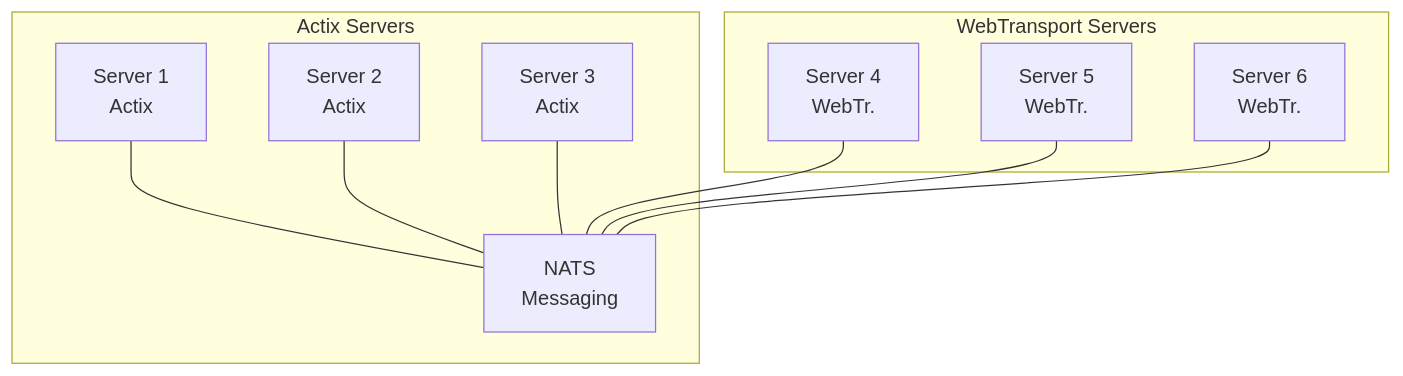
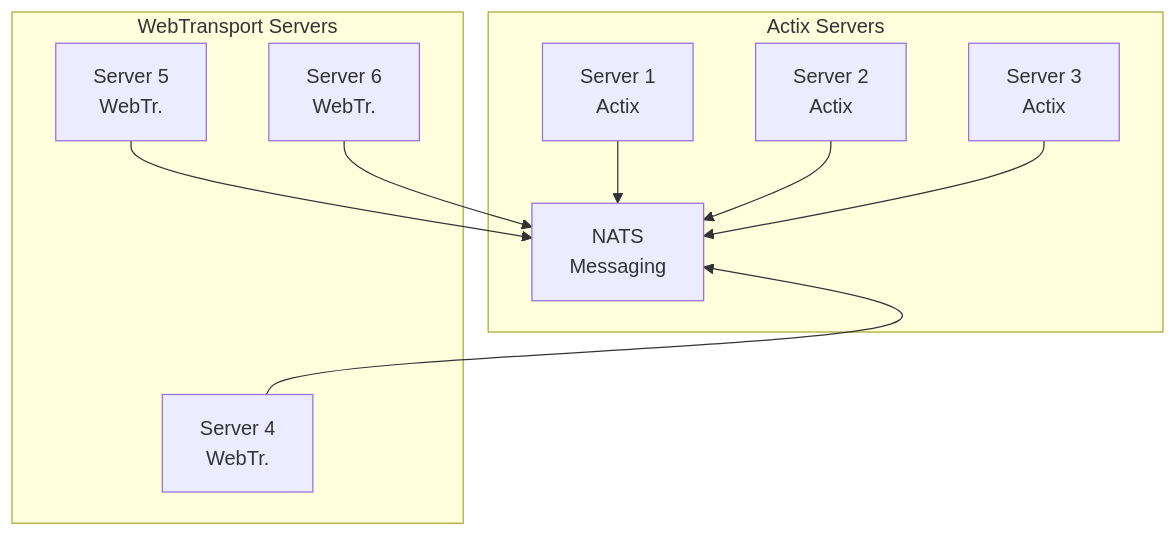
The fourth of 4 diagrams in ARCHITECTURE.md (security-union/videocall-rs), drawn with Mermaid before and after one commit.

````diff
--- a/ARCHITECTURE.md
+++ b/ARCHITECTURE.md
@@ -128,16 +128,20 @@
 ```mermaid
-graph TD
-    subgraph "Actix Servers"
-        Server1[Server 1<br>Actix] --- NATS
-        Server2[Server 2<br>Actix] --- NATS
-        Server3[Server 3<br>Actix] --- NATS
+flowchart TD
+    NATS[NATS<br>Messaging]
+    
+    subgraph ActixServers["Actix Servers"]
+        Server1[Server 1<br>Actix] --> NATS
+        Server2[Server 2<br>Actix] --> NATS
+        Server3[Server 3<br>Actix] --> NATS
     end
     
-    NATS[NATS<br>Messaging]
+    subgraph WebTransportServers["WebTransport Servers"]
+        Server4[Server 4<br>WebTr.] --> NATS
+        Server5[Server 5<br>WebTr.] --> NATS
+        Server6[Server 6<br>WebTr.] --> NATS
+    end
     
-    subgraph "WebTransport Servers"
-        Server4[Server 4<br>WebTr.] --- NATS
-        Server5[Server 5<br>WebTr.] --- NATS
-        Server6[Server 6<br>WebTr.] --- NATS
-    end
+    %% Position NATS between the two subgraphs
+    ActixServers ~~~ NATS
+    NATS ~~~ WebTransportServers
 ```
````
